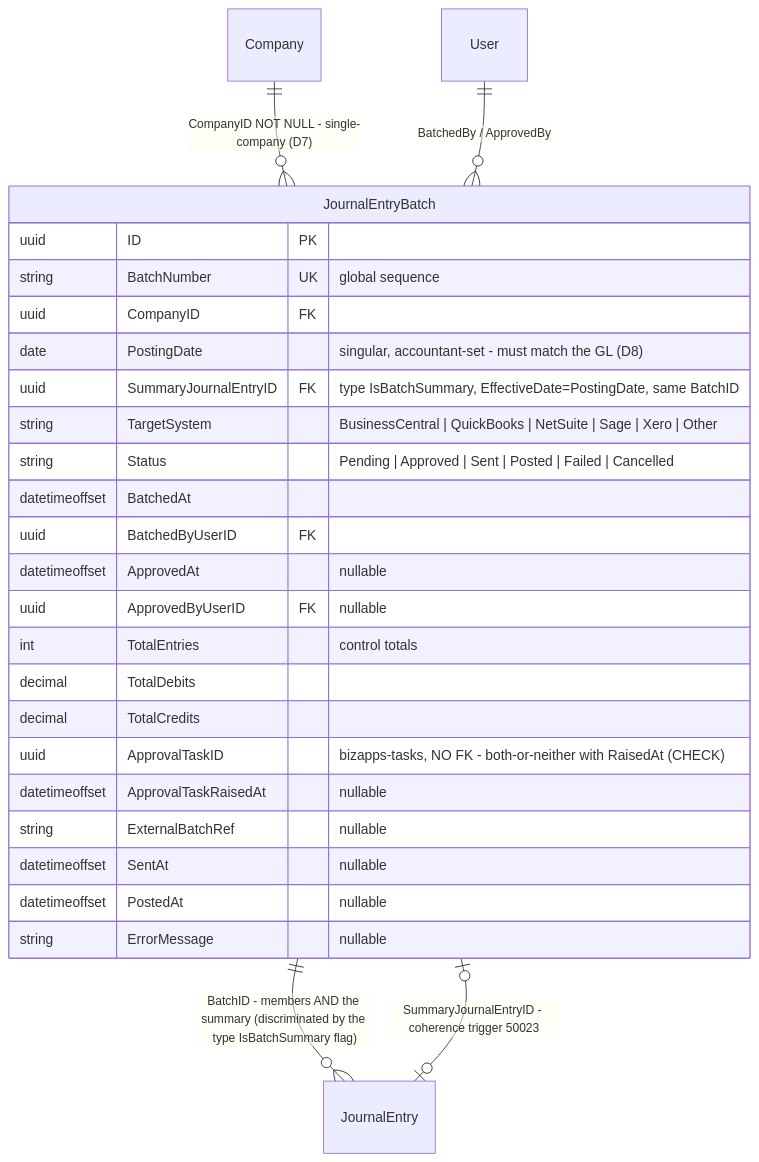
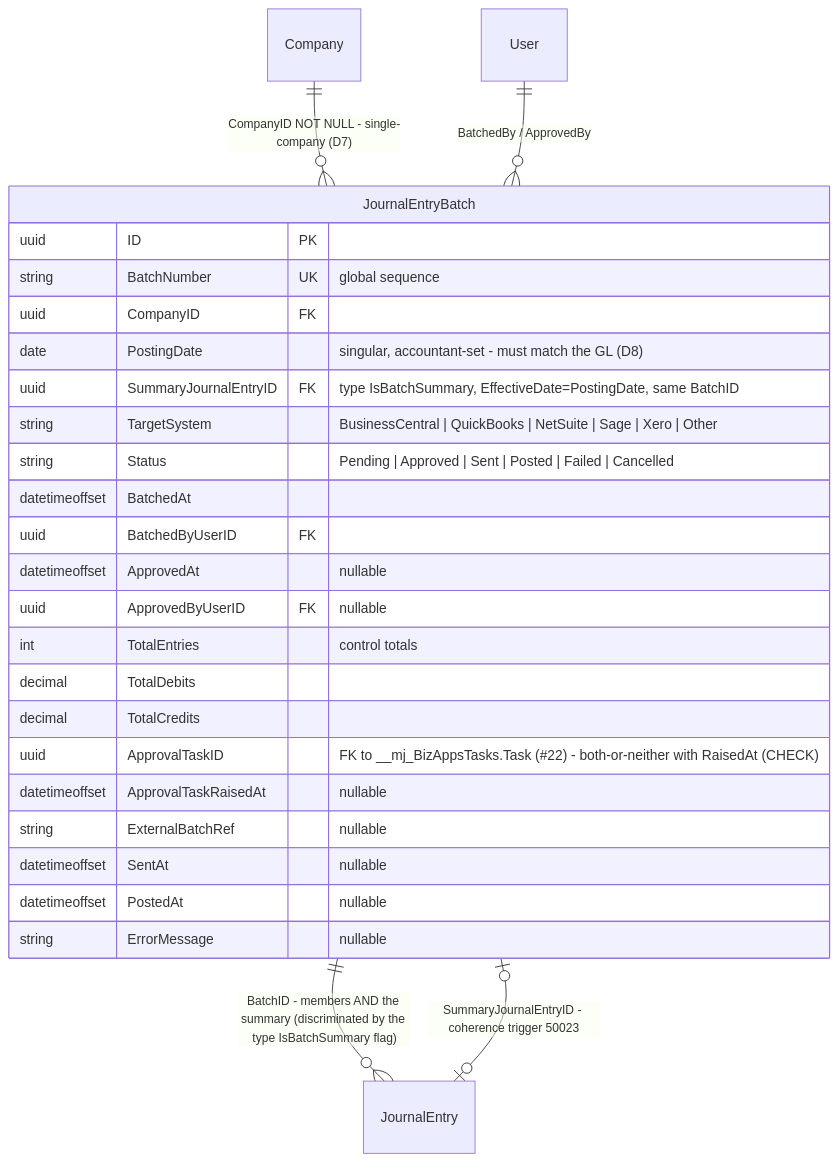
The eighth of 12 diagrams in docs/bizapps-accounting-erd.md (MemberJunction/bizapps-accounting), drawn with Mermaid before and after one commit. The commit also changed other lines of this file and 18 other files, not shown here.

````diff
--- a/docs/bizapps-accounting-erd.md
+++ b/docs/bizapps-accounting-erd.md
@@ -672,30 +672,30 @@
 ```mermaid
 erDiagram
     Company ||--o{ JournalEntryBatch : "CompanyID NOT NULL - single-company (D7)"
     JournalEntryBatch ||--o{ JournalEntry : "BatchID - members AND the summary (discriminated by the type IsBatchSummary flag)"
     JournalEntryBatch |o--o| JournalEntry : "SummaryJournalEntryID - coherence trigger 50023"
     User ||--o{ JournalEntryBatch : "BatchedBy / ApprovedBy"
 
     JournalEntryBatch {
         uuid ID PK
         string BatchNumber UK "global sequence"
         uuid CompanyID FK
         date PostingDate "singular, accountant-set - must match the GL (D8)"
         uuid SummaryJournalEntryID FK "type IsBatchSummary, EffectiveDate=PostingDate, same BatchID"
         string TargetSystem "BusinessCentral | QuickBooks | NetSuite | Sage | Xero | Other"
         string Status "Pending | Approved | Sent | Posted | Failed | Cancelled"
         datetimeoffset BatchedAt
         uuid BatchedByUserID FK
         datetimeoffset ApprovedAt "nullable"
         uuid ApprovedByUserID FK "nullable"
         int TotalEntries "control totals"
         decimal TotalDebits
         decimal TotalCredits
-        uuid ApprovalTaskID "bizapps-tasks, NO FK - both-or-neither with RaisedAt (CHECK)"
+        uuid ApprovalTaskID "FK to __mj_BizAppsTasks.Task (#22) - both-or-neither with RaisedAt (CHECK)"
         datetimeoffset ApprovalTaskRaisedAt "nullable"
         string ExternalBatchRef "nullable"
         datetimeoffset SentAt "nullable"
         datetimeoffset PostedAt "nullable"
         string ErrorMessage "nullable"
     }
 ```
````
